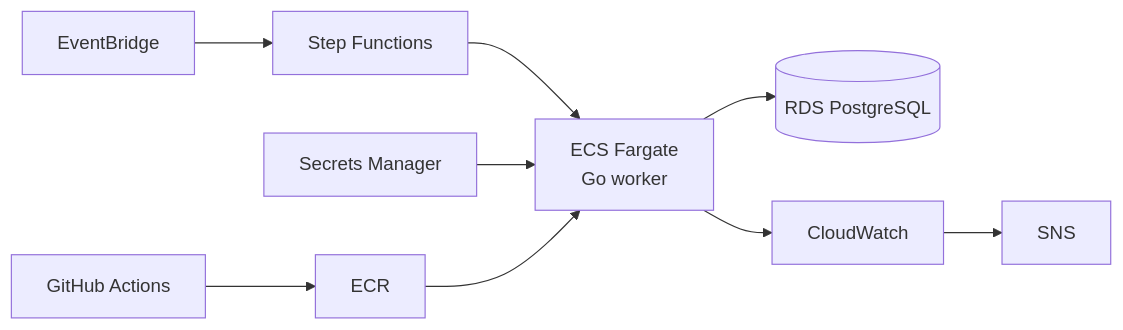
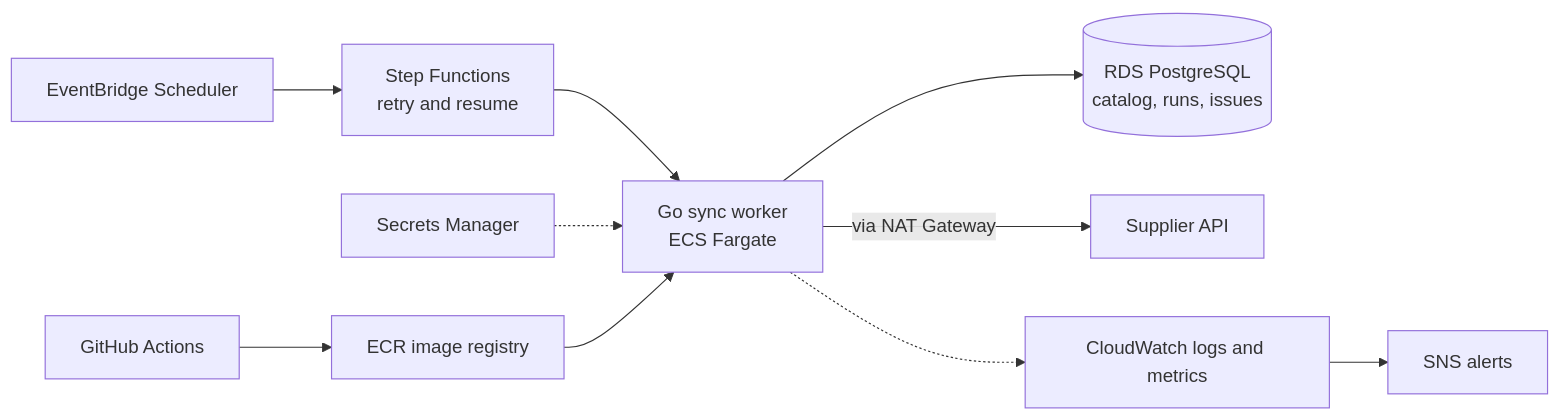
One commit to leduc121/supplier-catalog-sync changed the second of 2 diagrams in README.md. Above: the diagram before and after it, drawn with Mermaid. The commit also changed other lines of this file, not shown here.

````diff
--- a/README.md
+++ b/README.md
@@ -96,11 +313,12 @@
 ```mermaid
 flowchart LR
-    EB[EventBridge] --> SF[Step Functions]
-    SF --> ECS[ECS Fargate\nGo worker]
-    ECS --> RDS[(RDS PostgreSQL)]
-    SM[Secrets Manager] --> ECS
-    ECS --> CW[CloudWatch]
-    CW --> SNS[SNS]
-    GH[GitHub Actions] --> ECR[ECR]
-    ECR --> ECS
+    EB[EventBridge Scheduler] --> SF[Step Functions<br/>retry and resume]
+    SF --> W[Go sync worker<br/>ECS Fargate]
+    W --> DB[(RDS PostgreSQL<br/>catalog, runs, issues)]
+    W -->|via NAT Gateway| SUP[Supplier API]
+    SM[Secrets Manager] -.-> W
+    W -.-> CW[CloudWatch logs and metrics]
+    CW --> SNS[SNS alerts]
+    GH[GitHub Actions] --> ECR[ECR image registry]
+    ECR --> W
 ```
````
